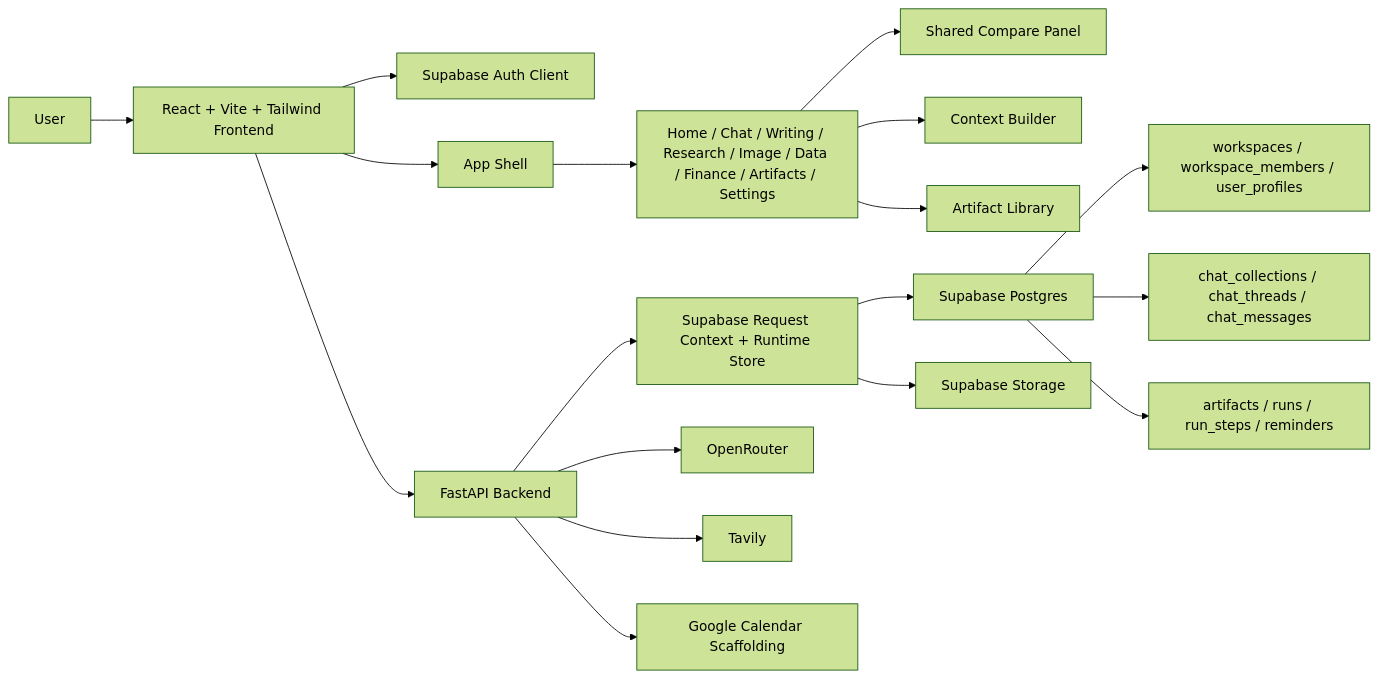
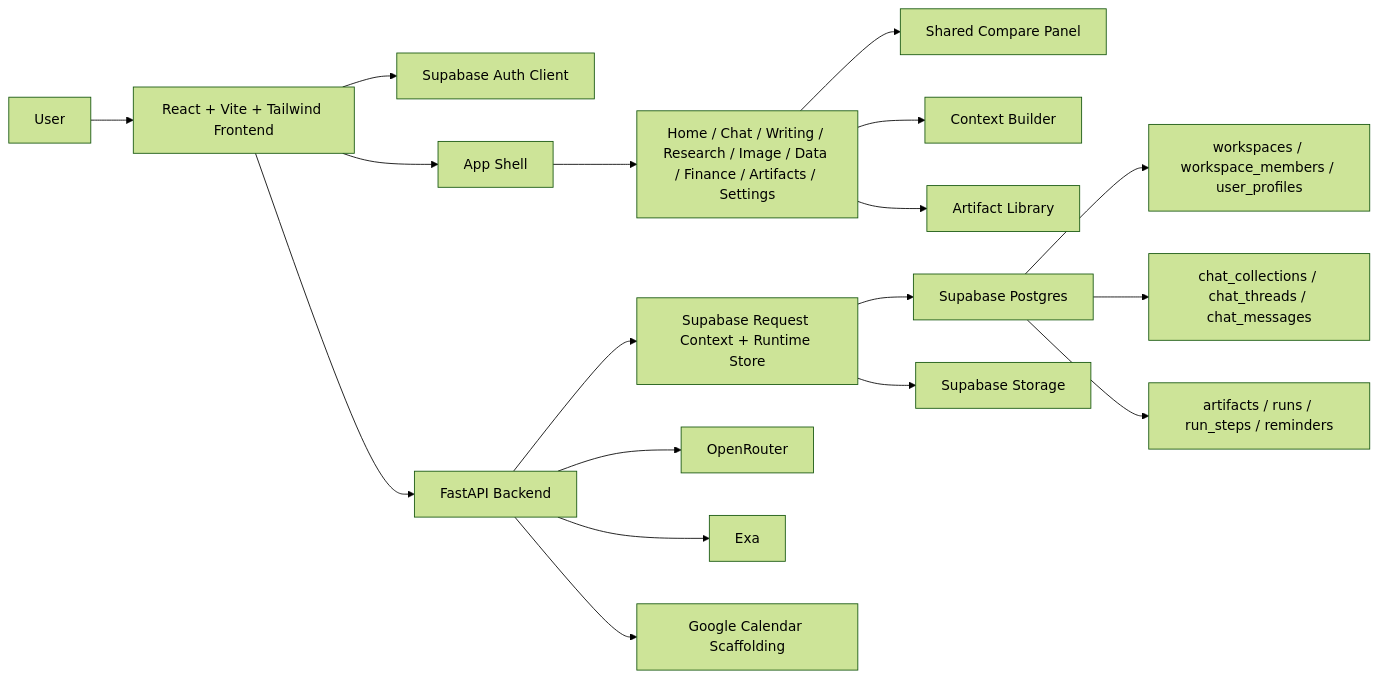
The diagram in docs/system-architecture.md (KushagraBharti/Beyond-Chat), drawn with Mermaid (forest theme) before and after one commit. The commit also changed 383 other files, not shown here.

````diff
--- a/docs/system-architecture.md
+++ b/docs/system-architecture.md
@@ -3,24 +3,24 @@
 ```mermaid
 flowchart LR
     User["User"] --> FE["React + Vite + Tailwind Frontend"]
     FE --> Auth["Supabase Auth Client"]
     FE --> API["FastAPI Backend"]
 
     FE --> Shell["App Shell"]
     Shell --> Studios["Home / Chat / Writing / Research / Image / Data / Finance / Artifacts / Settings"]
     Studios --> Compare["Shared Compare Panel"]
     Studios --> Context["Context Builder"]
     Studios --> Library["Artifact Library"]
 
     API --> Runtime["Supabase Request Context + Runtime Store"]
     Runtime --> PG["Supabase Postgres"]
     Runtime --> Storage["Supabase Storage"]
 
     API --> OR["OpenRouter"]
-    API --> Tavily["Tavily"]
+    API --> Exa["Exa"]
     API --> Google["Google Calendar Scaffolding"]
 
     PG --> Workspace["workspaces / workspace_members / user_profiles"]
     PG --> Chat["chat_collections / chat_threads / chat_messages"]
     PG --> Work["artifacts / runs / run_steps / reminders"]
 ```
````
